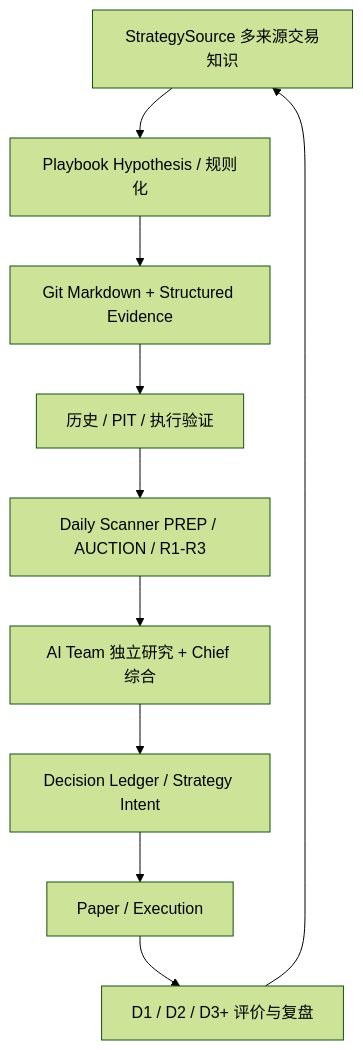
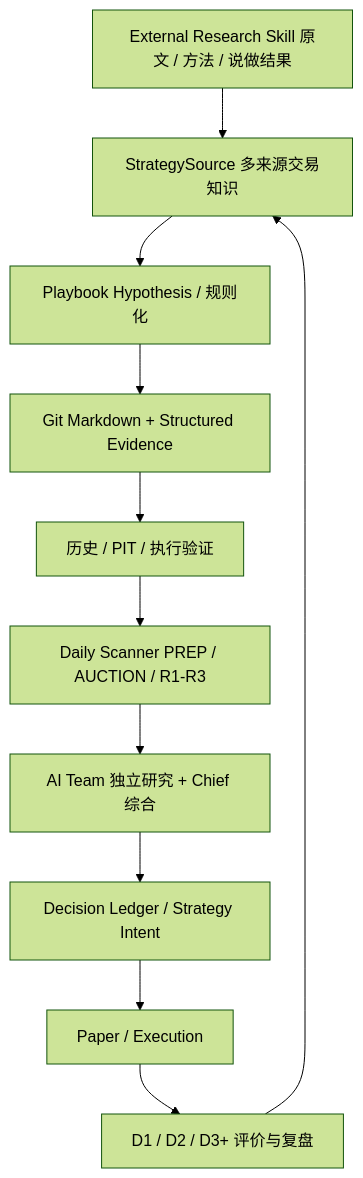
The diagram in README.md (anyuzhe/niuniu), drawn with Mermaid (forest theme) before and after one commit. The commit also changed other lines of this file and 21 other files, not shown here.

````diff
--- a/README.md
+++ b/README.md
@@ -118,12 +120,13 @@
 ```mermaid
 flowchart TD
-    SOURCE[StrategySource 多来源交易知识] --> PB[Playbook Hypothesis / 规则化]
+    SKILL[External Research Skill 原文 / 方法 / 说做结果] --> SOURCE[StrategySource 多来源交易知识]
+    SOURCE --> PB[Playbook Hypothesis / 规则化]
     PB --> MEMORY[Git Markdown + Structured Evidence]
     MEMORY --> VERIFY[历史 / PIT / 执行验证]
     VERIFY --> SCAN[Daily Scanner PREP / AUCTION / R1-R3]
     SCAN --> TEAM[AI Team 独立研究 + Chief 综合]
     TEAM --> DECISION[Decision Ledger / Strategy Intent]
     DECISION --> EXEC[Paper / Execution]
     EXEC --> REVIEW[D1 / D2 / D3+ 评价与复盘]
     REVIEW --> SOURCE
 ```
````
